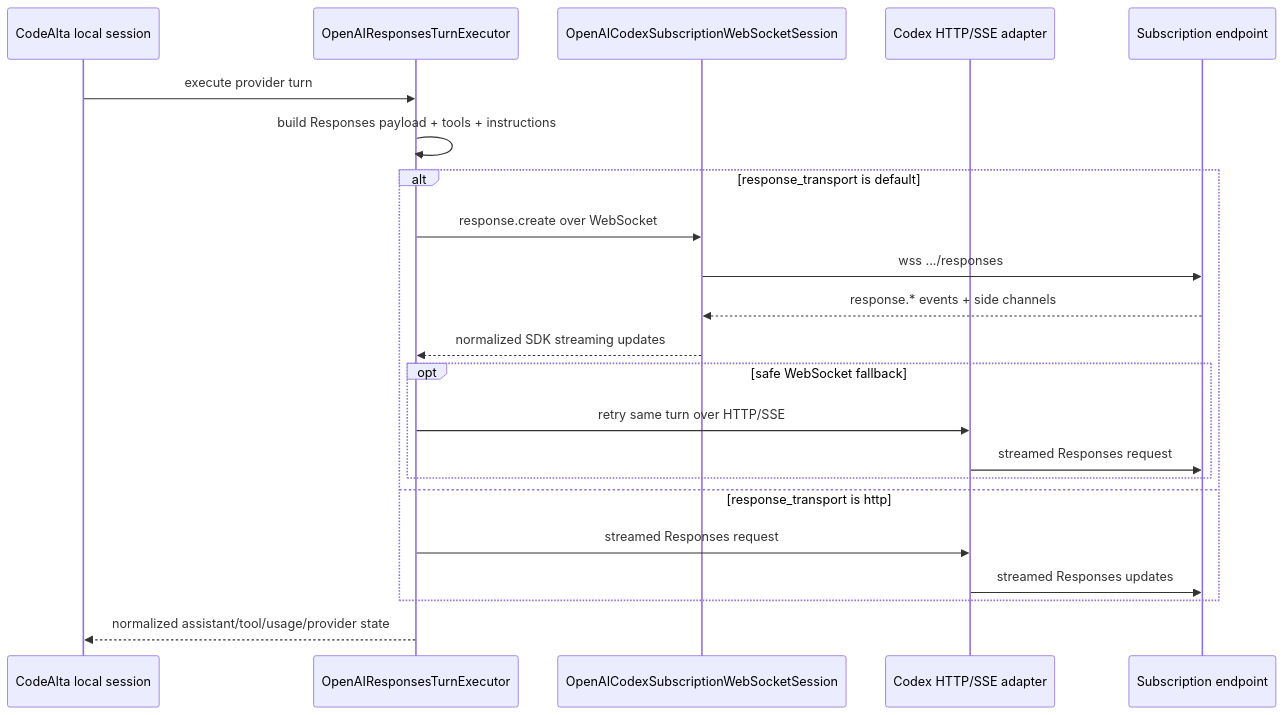
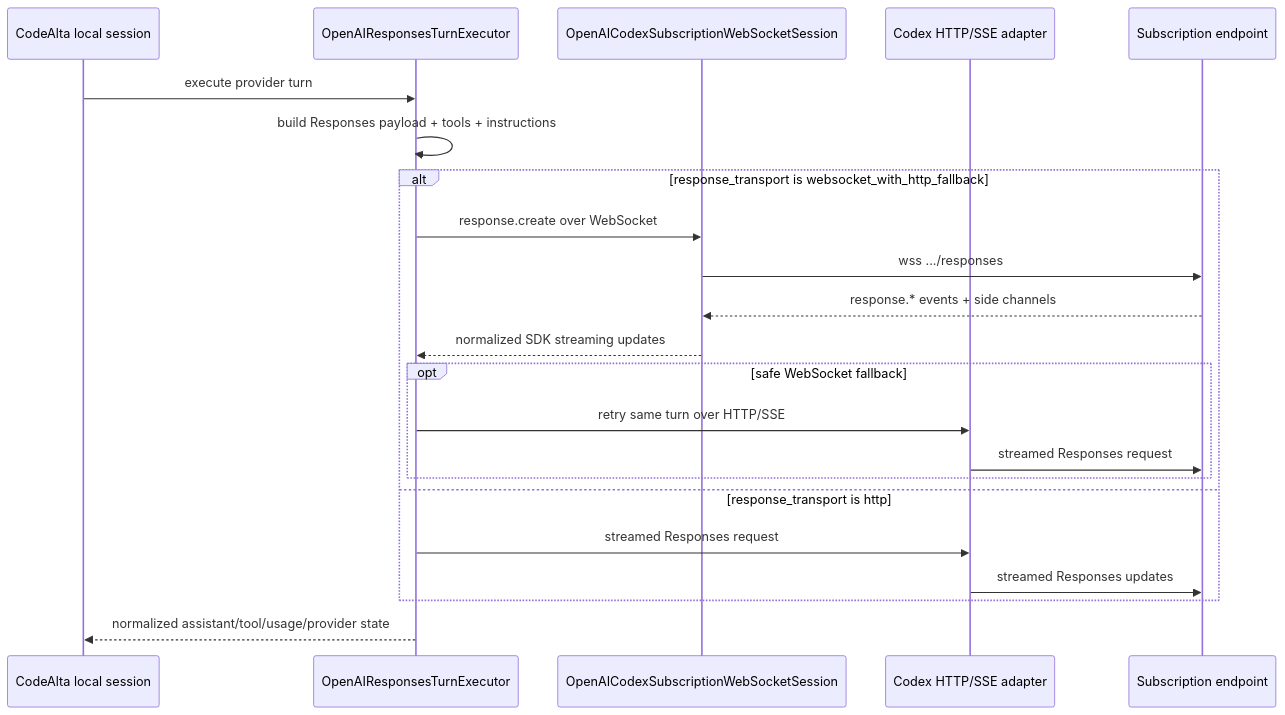
The second of 2 diagrams in doc/providers.md (CodeAlta/CodeAlta), drawn with Mermaid before and after one commit. The commit also changed other lines of this file and 39 other files, not shown here.

````diff
--- a/doc/providers.md
+++ b/doc/providers.md
@@ -142,25 +154,25 @@
 ```mermaid
 sequenceDiagram
     participant Runtime as CodeAlta local session
     participant Executor as OpenAIResponsesTurnExecutor
     participant WS as OpenAICodexSubscriptionWebSocketSession
     participant HTTP as Codex HTTP/SSE adapter
     participant Service as Subscription endpoint
 
     Runtime->>Executor: execute provider turn
     Executor->>Executor: build Responses payload + tools + instructions
-    alt response_transport is default
+    alt response_transport is websocket_with_http_fallback
         Executor->>WS: response.create over WebSocket
         WS->>Service: wss .../responses
         Service-->>WS: response.* events + side channels
         WS-->>Executor: normalized SDK streaming updates
         opt safe WebSocket fallback
             Executor->>HTTP: retry same turn over HTTP/SSE
             HTTP->>Service: streamed Responses request
         end
     else response_transport is http
         Executor->>HTTP: streamed Responses request
         HTTP->>Service: streamed Responses updates
     end
     Executor-->>Runtime: normalized assistant/tool/usage/provider state
 ```
````
